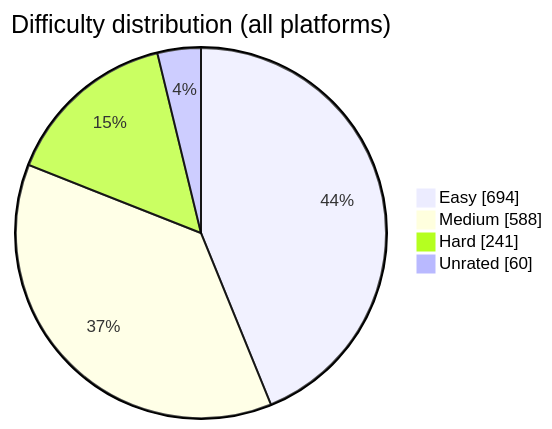
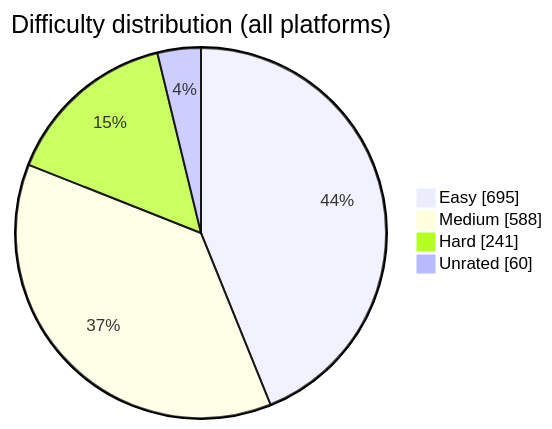
The diagram in README.md (BuildbyArindam/Daily-Coding-Log), drawn with Mermaid before and after one commit. The commit also changed other lines of this file, not shown here.

````diff
--- a/README.md
+++ b/README.md
@@ -93,7 +93,7 @@
 ```mermaid
 pie showData title Difficulty distribution (all platforms)
-    "Easy" : 694
+    "Easy" : 695
     "Medium" : 588
     "Hard" : 241
     "Unrated" : 60
 ```
````
